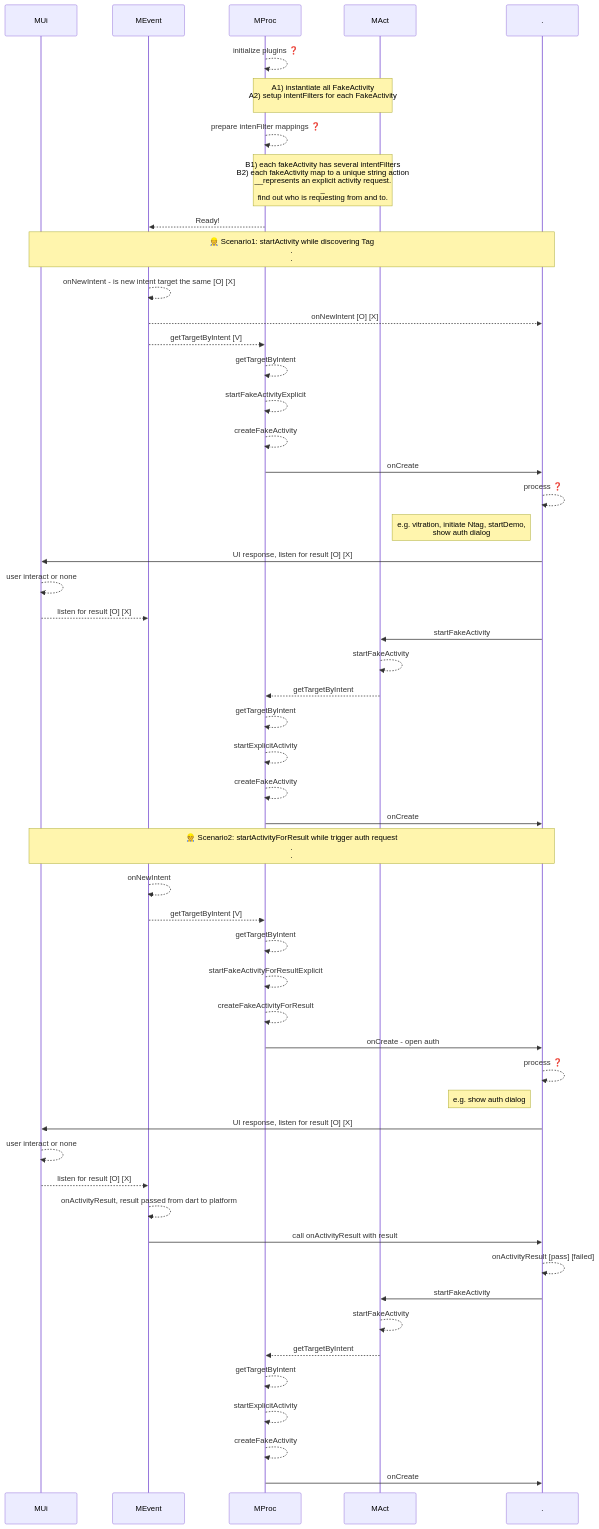
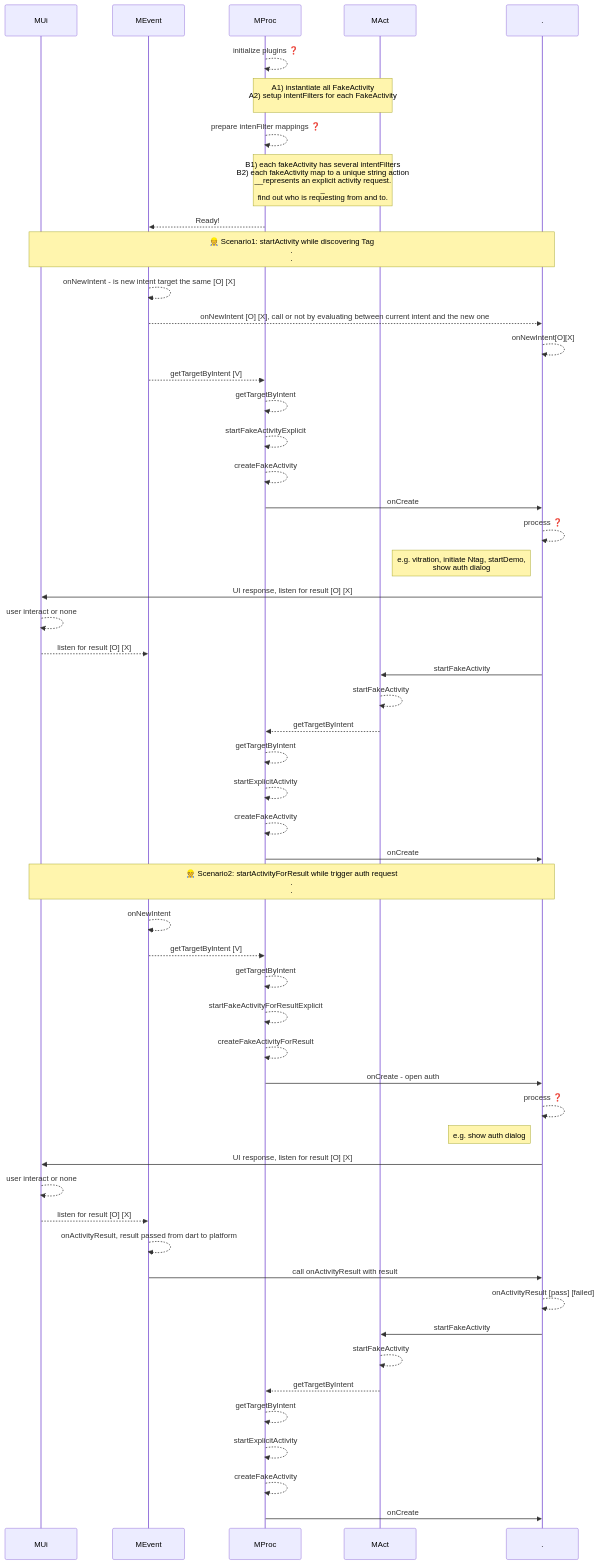
The third of 7 diagrams in flutter/android_to_flutter.md (gordianknotC/nxp_note), drawn with Mermaid before and after one commit. The commit also changed other lines of this file, not shown here.

````diff
--- a/flutter/android_to_flutter.md
+++ b/flutter/android_to_flutter.md
@@ -52,66 +52,66 @@
 ```mermaid
 sequenceDiagram
 participant MUi
 participant MEvent
 participant MProc
 participant MAct
 participant .
 
 MProc-->>MProc: initialize plugins ❓
 Note over MProc,MAct: A1) instantiate all FakeActivity<br>A2) setup intentFilters for each FakeActivity<br>
 
 MProc-->>MProc: prepare intenFilter mappings ❓
 
 Note over MProc, MAct: B1) each fakeActivity has several intentFilters<br>B2) each fakeActivity map to a unique string action<br>__represents an explicit activity request.<br>_<br> find out who is requesting from and to.
 
 MProc-->>MEvent: Ready!
 
 
 Note over MUi, .: 👷 Scenario1: startActivity while discovering Tag<br>.<br>.
 MEvent-->>MEvent: onNewIntent - is new intent target the same [O] [X]
-MEvent-->>. : onNewIntent [O] [X]
-
+MEvent-->>. : onNewIntent [O] [X], call or not by evaluating between current intent and the new one
+. -->> . : onNewIntent[O][X]
 MEvent-->>MProc: getTargetByIntent [V]
 MProc-->>MProc: getTargetByIntent
 MProc-->>MProc: startFakeActivityExplicit
 MProc-->>MProc: createFakeActivity
 MProc->> . : onCreate
 . -->> . : process ❓
 Note left of .: e.g. vitration, initiate Ntag, startDemo,<br>show auth dialog
 . ->> MUi: UI response, listen for result [O] [X]
 MUi -->> MUi: user interact or none
 MUi -->> MEvent: listen for result  [O] [X]
 . ->> MAct: startFakeActivity
 MAct -->> MAct: startFakeActivity
 MAct -->> MProc: getTargetByIntent
 MProc -->> MProc: getTargetByIntent
 MProc -->> MProc: startExplicitActivity
 MProc -->> MProc: createFakeActivity
 MProc ->> . : onCreate
 
 
 Note over MUi, .: 👷 Scenario2: startActivityForResult while trigger auth request<br>.<br>.
 MEvent-->>MEvent: onNewIntent
 MEvent-->>MProc: getTargetByIntent [V]
 MProc-->>MProc: getTargetByIntent
 MProc-->>MProc: startFakeActivityForResultExplicit
 MProc-->>MProc: createFakeActivityForResult
 MProc->> . : onCreate - open auth
 . -->> . : process ❓
 Note left of .: e.g. show auth dialog
 . ->> MUi: UI response, listen for result [O] [X]
 MUi -->> MUi: user interact or none
 MUi -->> MEvent: listen for result  [O] [X]
 MEvent -->> MEvent: onActivityResult, result passed from dart to platform
 MEvent ->> . : call onActivityResult with result
 . -->> . : onActivityResult [pass] [failed]
 . ->> MAct: startFakeActivity
 MAct -->> MAct: startFakeActivity
 MAct -->> MProc: getTargetByIntent
 MProc -->> MProc: getTargetByIntent
 MProc -->> MProc: startExplicitActivity
 MProc -->> MProc: createFakeActivity
 MProc ->> . : onCreate  
 
 
 ```
````
